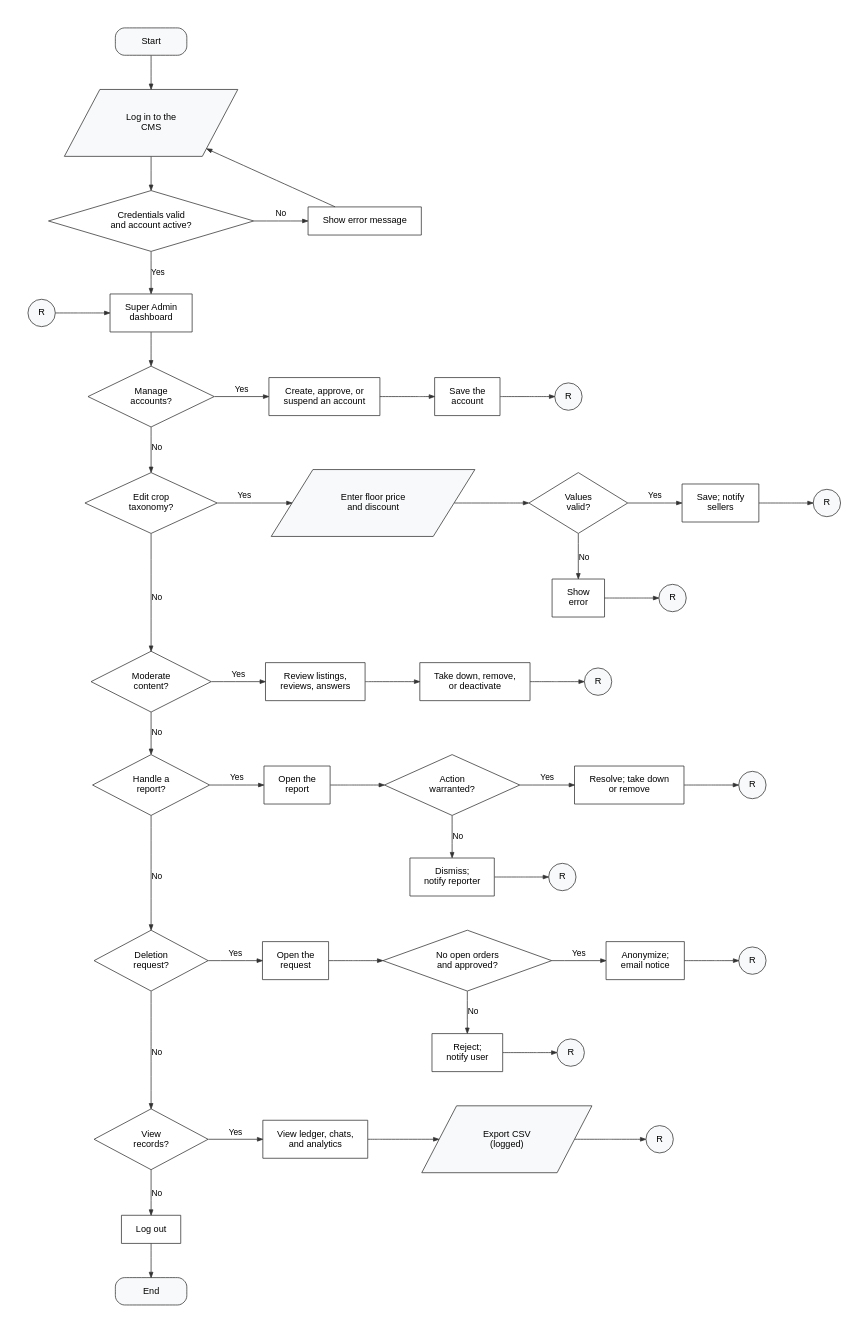
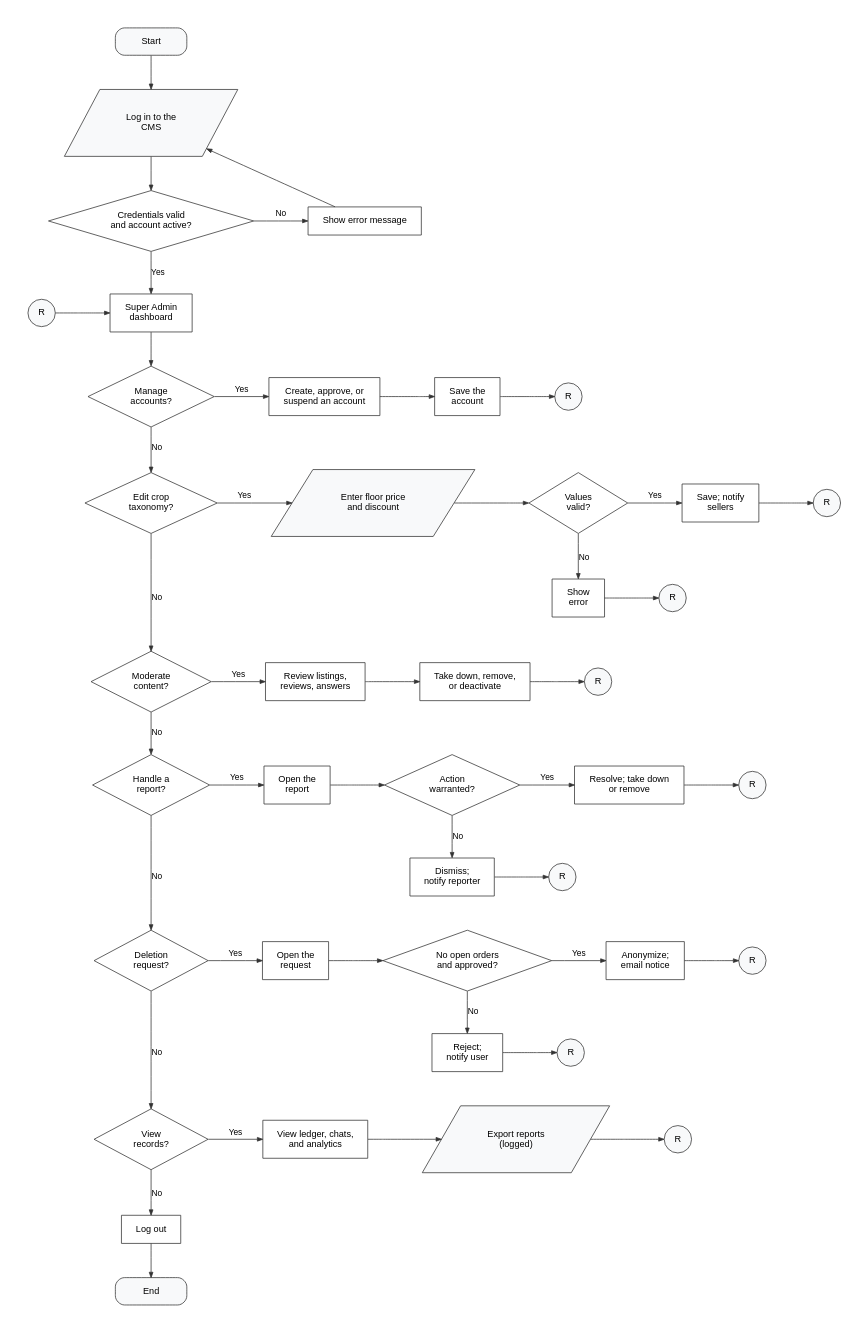
One commit to shawncastaneda11-commits/anihow-backend changed the diagram in docs/manuscript/figures/src/fig5b_flow_super_admin.dot. Above: the diagram before and after it, drawn with Graphviz. The commit also changed 16 other files, not shown here.

First line of the commit message:
Say exports and reports instead of CSV in the analytics figures

```diff
--- a/docs/manuscript/figures/src/fig5b_flow_super_admin.dot
+++ b/docs/manuscript/figures/src/fig5b_flow_super_admin.dot
@@ -1,110 +1,110 @@
 digraph G {
   graph [rankdir=TB, nodesep=0.5, ranksep=0.6, pad=0.4, fontname="Liberation Sans", newrank=true, splines=polyline, bgcolor="white"];
   node  [fontname="Liberation Sans", fontsize=12, penwidth=1, color="#333333", style=filled, fillcolor="#FFFFFF", margin="0.26,0.16"];
   edge  [penwidth=1, arrowsize=0.7, color="#333333", fontname="Liberation Sans", fontsize=11];
   s [shape=box, style="rounded,filled", fillcolor="#F8F9FA", width=1.3, height=0.5, margin="0.2,0.1", label="Start"];
   li [shape=parallelogram, fillcolor="#F8F9FA", label="Log in to the\nCMS", margin="0.30,0.12"];
   ok [shape=diamond, fillcolor="#FFFFFF", label="Credentials valid\nand account active?", margin="0.20,0.10"];
   err [shape=box, label="Show error message"];
   ain [shape=circle, width=0.5, fixedsize=true, fillcolor="#F8F9FA", label="R"];
   home [shape=box, label="Super Admin\ndashboard"];
   lo [shape=box, label="Log out"];
   end [shape=box, style="rounded,filled", fillcolor="#F8F9FA", width=1.3, height=0.5, margin="0.2,0.1", label="End"];
   s -> li;
   li -> ok;
   ok -> err [label="No"];
   err -> li [constraint=false];
   ok -> home [label="Yes"];
   ain -> home;
   {rank=same; ok err}
   {rank=same; home ain}
   q0 [shape=diamond, fillcolor="#FFFFFF", label="Manage\naccounts?", margin="0.20,0.10"];
   home -> q0;
   s0_0 [shape=box, label="Create, approve, or\nsuspend an account"];
   q0 -> s0_0 [label="Yes"];
   s0_1 [shape=box, label="Save the\naccount"];
   s0_0 -> s0_1;
   r0 [shape=circle, width=0.5, fixedsize=true, fillcolor="#F8F9FA", label="R"];
   s0_1 -> r0;
   {rank=same; q0; s0_0; s0_1; r0}
   q1 [shape=diamond, fillcolor="#FFFFFF", label="Edit crop\ntaxonomy?", margin="0.20,0.10"];
   q0 -> q1 [label="No"];
   s1_0 [shape=parallelogram, fillcolor="#F8F9FA", label="Enter floor price\nand discount", margin="0.30,0.12"];
   q1 -> s1_0 [label="Yes"];
   s1_1 [shape=diamond, fillcolor="#FFFFFF", label="Values\nvalid?", margin="0.20,0.10"];
   s1_0 -> s1_1;
   a1_1 [shape=box, label="Show\nerror"];
   xa1_1 [shape=circle, width=0.5, fixedsize=true, fillcolor="#F8F9FA", label="R"];
   s1_1 -> a1_1 [label="No"];
   a1_1 -> xa1_1;
   {rank=same; a1_1; xa1_1}
   s1_2 [shape=box, label="Save; notify\nsellers"];
   s1_1 -> s1_2 [label="Yes"];
   r1 [shape=circle, width=0.5, fixedsize=true, fillcolor="#F8F9FA", label="R"];
   s1_2 -> r1;
   {rank=same; q1; s1_0; s1_1; s1_2; r1}
   q2 [shape=diamond, fillcolor="#FFFFFF", label="Moderate\ncontent?", margin="0.20,0.10"];
   q1 -> q2 [label="No", minlen=2];
   s2_0 [shape=box, label="Review listings,\nreviews, answers"];
   q2 -> s2_0 [label="Yes"];
   s2_1 [shape=box, label="Take down, remove,\nor deactivate"];
   s2_0 -> s2_1;
   r2 [shape=circle, width=0.5, fixedsize=true, fillcolor="#F8F9FA", label="R"];
   s2_1 -> r2;
   {rank=same; q2; s2_0; s2_1; r2}
   q3 [shape=diamond, fillcolor="#FFFFFF", label="Handle a\nreport?", margin="0.20,0.10"];
   q2 -> q3 [label="No"];
   s3_0 [shape=box, label="Open the\nreport"];
   q3 -> s3_0 [label="Yes"];
   s3_1 [shape=diamond, fillcolor="#FFFFFF", label="Action\nwarranted?", margin="0.20,0.10"];
   s3_0 -> s3_1;
   a3_1 [shape=box, label="Dismiss;\nnotify reporter"];
   xa3_1 [shape=circle, width=0.5, fixedsize=true, fillcolor="#F8F9FA", label="R"];
   s3_1 -> a3_1 [label="No"];
   a3_1 -> xa3_1;
   {rank=same; a3_1; xa3_1}
   s3_2 [shape=box, label="Resolve; take down\nor remove"];
   s3_1 -> s3_2 [label="Yes"];
   r3 [shape=circle, width=0.5, fixedsize=true, fillcolor="#F8F9FA", label="R"];
   s3_2 -> r3;
   {rank=same; q3; s3_0; s3_1; s3_2; r3}
   q4 [shape=diamond, fillcolor="#FFFFFF", label="Deletion\nrequest?", margin="0.20,0.10"];
   q3 -> q4 [label="No", minlen=2];
   s4_0 [shape=box, label="Open the\nrequest"];
   q4 -> s4_0 [label="Yes"];
   s4_1 [shape=diamond, fillcolor="#FFFFFF", label="No open orders\nand approved?", margin="0.20,0.10"];
   s4_0 -> s4_1;
   a4_1 [shape=box, label="Reject;\nnotify user"];
   xa4_1 [shape=circle, width=0.5, fixedsize=true, fillcolor="#F8F9FA", label="R"];
   s4_1 -> a4_1 [label="No"];
   a4_1 -> xa4_1;
   {rank=same; a4_1; xa4_1}
   s4_2 [shape=box, label="Anonymize;\nemail notice"];
   s4_1 -> s4_2 [label="Yes"];
   r4 [shape=circle, width=0.5, fixedsize=true, fillcolor="#F8F9FA", label="R"];
   s4_2 -> r4;
   {rank=same; q4; s4_0; s4_1; s4_2; r4}
   q5 [shape=diamond, fillcolor="#FFFFFF", label="View\nrecords?", margin="0.20,0.10"];
   q4 -> q5 [label="No", minlen=2];
   s5_0 [shape=box, label="View ledger, chats,\nand analytics"];
   q5 -> s5_0 [label="Yes"];
-  s5_1 [shape=parallelogram, fillcolor="#F8F9FA", label="Export CSV\n(logged)", margin="0.30,0.12"];
+  s5_1 [shape=parallelogram, fillcolor="#F8F9FA", label="Export reports\n(logged)", margin="0.30,0.12"];
   s5_0 -> s5_1;
   r5 [shape=circle, width=0.5, fixedsize=true, fillcolor="#F8F9FA", label="R"];
   s5_1 -> r5;
   {rank=same; q5; s5_0; s5_1; r5}
   q5 -> lo [label="No"];
   lo -> end;
   s [group=trunk];
   li [group=trunk];
   ok [group=trunk];
   home [group=trunk];
   lo [group=trunk];
   end [group=trunk];
   q0 [group=trunk];
   q1 [group=trunk];
   q2 [group=trunk];
   q3 [group=trunk];
   q4 [group=trunk];
   q5 [group=trunk];
 }
```
